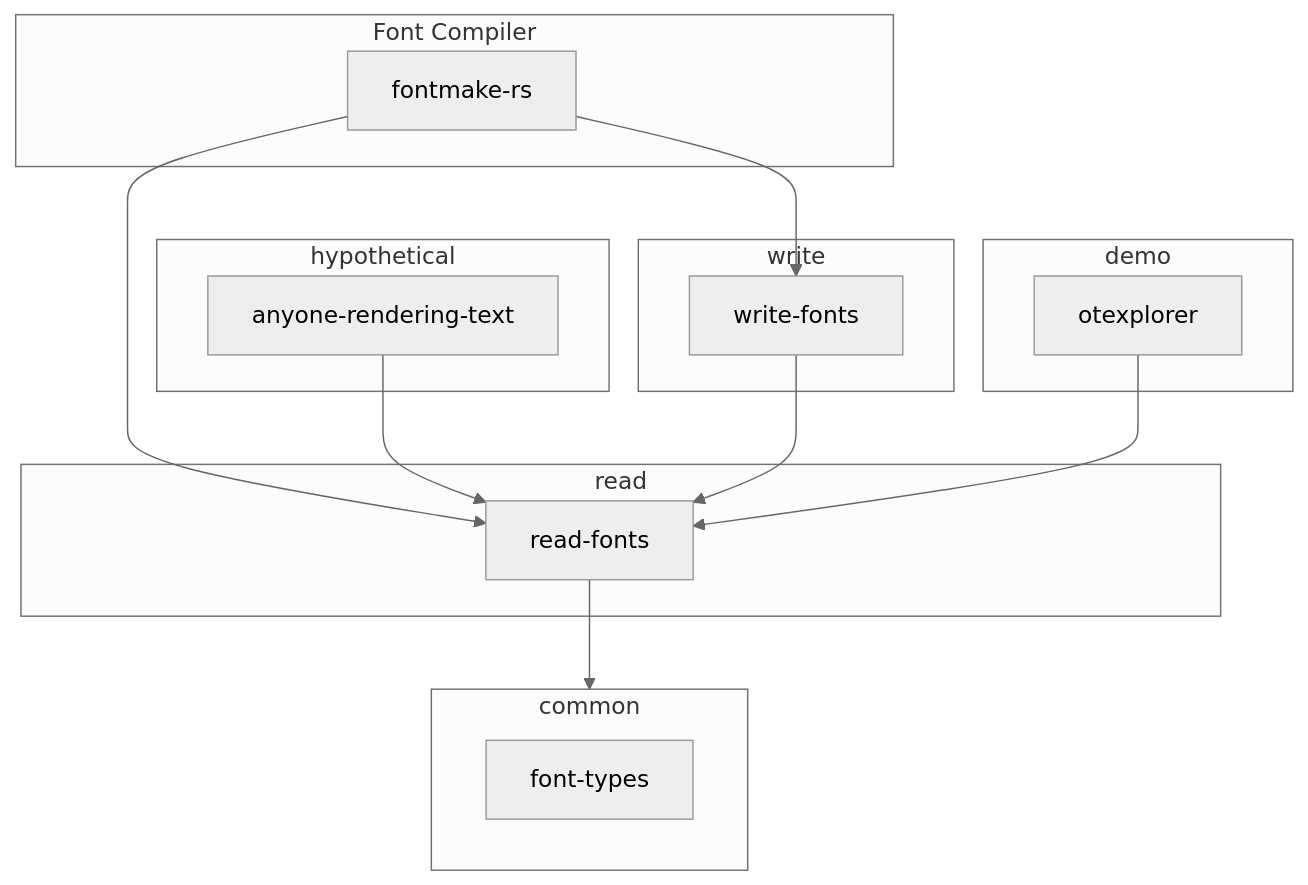
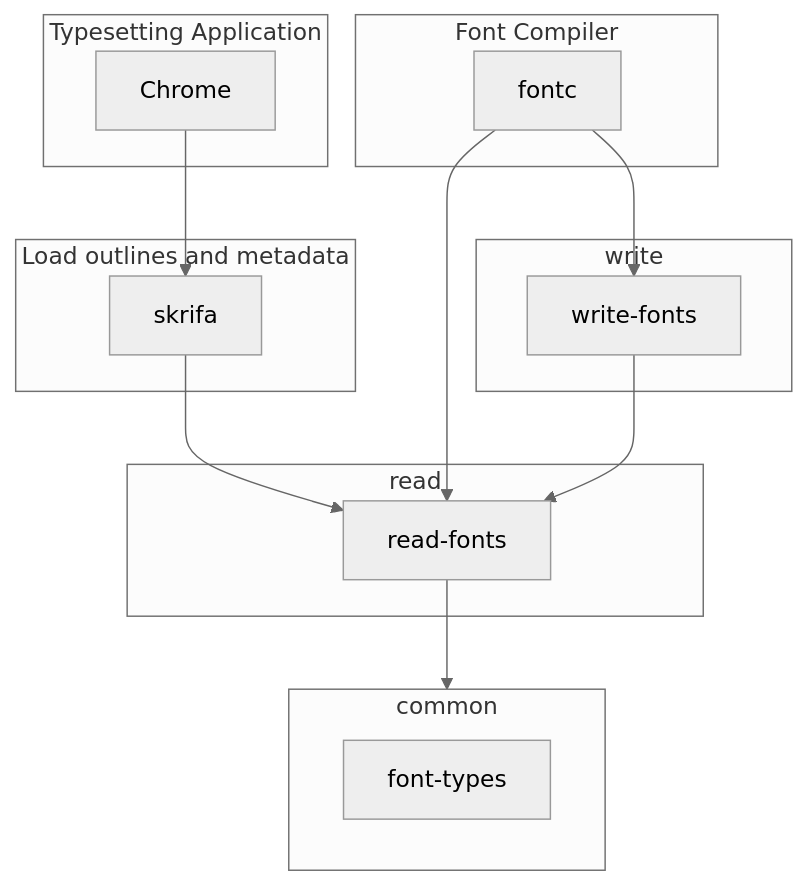
Before and after one commit to googlefonts/oxidize: the diagram in README.md, drawn with Mermaid (neutral theme).

````diff
--- a/README.md
+++ b/README.md
@@ -110,34 +110,37 @@
 ```mermaid
 flowchart TD
     subgraph Font Compiler
-        fontmake-rs
+        fontc
     end
-    fontmake-rs --> read-fonts
-    fontmake-rs --> write-fonts
-    subgraph demo
-        otexplorer        
+    fontc --> read-fonts
+    fontc --> write-fonts
+    
+    subgraph Typesetting Application
+         Chrome
     end
-    subgraph hypothetical
-        anyone-rendering-text
+    Chrome --> skrifa
+    
+    subgraph Load outlines and metadata
+        skrifa
     end
     subgraph read
         read-fonts    
     end
     subgraph write
         write-fonts    
     end
-    anyone-rendering-text --> read-fonts
-    write-fonts --> read-fonts
-    otexplorer --> read-fonts
+    
+    skrifa --> read-fonts
+    write-fonts --> read-fonts    
     subgraph common
         font-types
     end
     
     read-fonts --> common
 
     click fontmake-rs "https://github.com/googlefonts/fontmake-rs"
     click otexplorer "https://github.com/googlefonts/fontations/tree/main/otexplorer"
     click read-fonts "https://github.com/googlefonts/fontations/tree/main/read-fonts"
     click write-fonts "https://github.com/googlefonts/fontations/tree/main/write-fonts"
     click font-types "https://github.com/googlefonts/fontations/tree/main/font-types"
 ```
````
